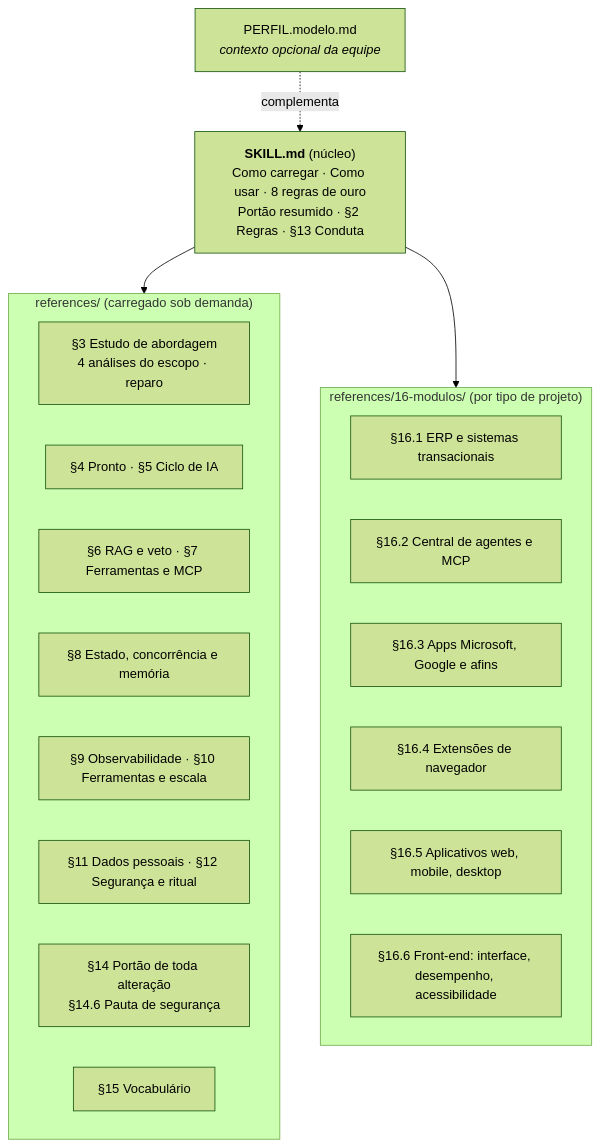
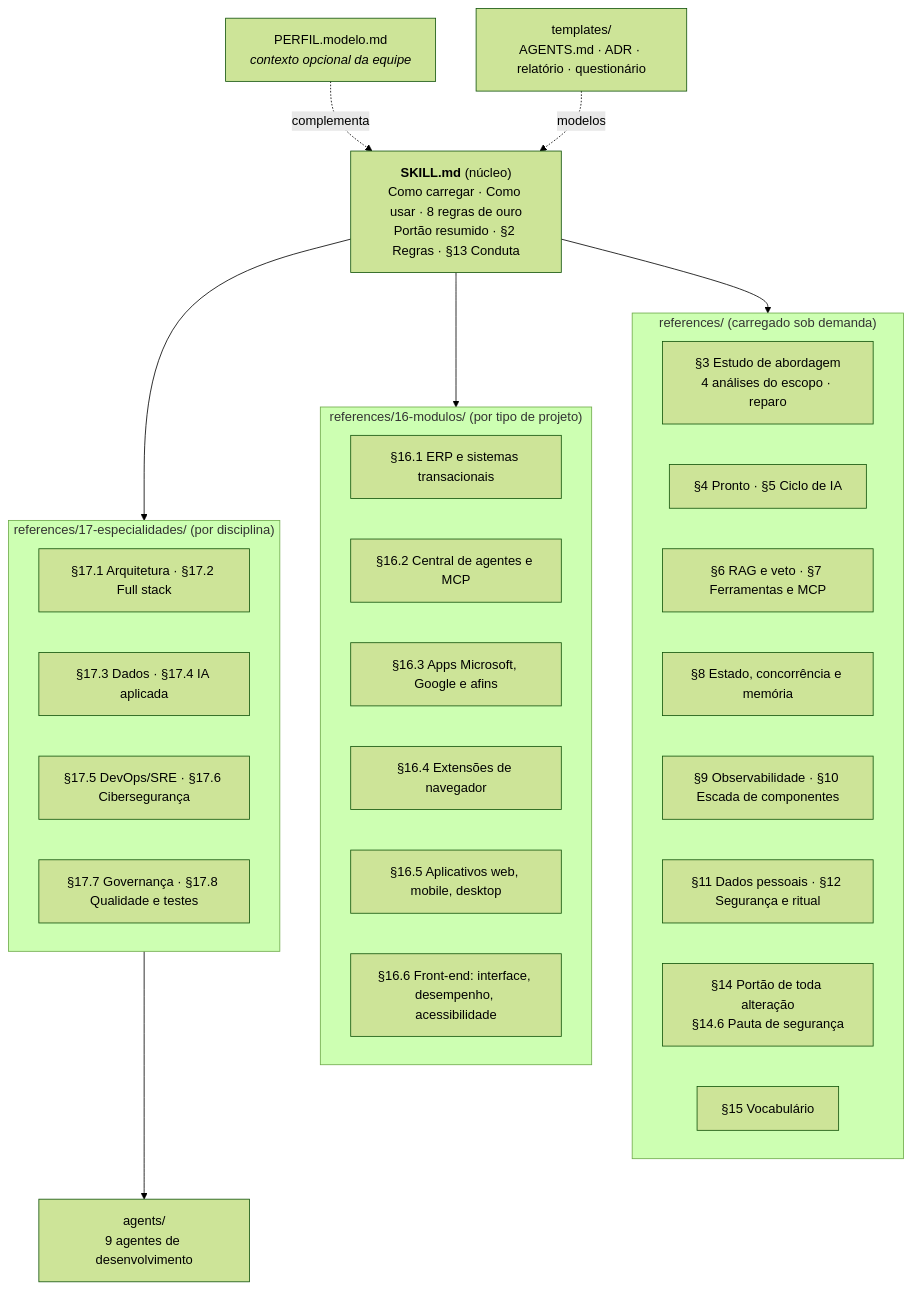
One commit to sergiojuniorreis/metodo-engenharia-software changed the diagram in README.md. Above: the diagram before and after it, drawn with Mermaid (forest theme). The commit also changed other lines of this file and 33 other files, not shown here.

First line of the commit message:
feat: especialidades §17, nove agentes, escada de componentes, modelos e CI

````diff
--- a/README.md
+++ b/README.md
@@ -64,29 +71,42 @@
 ```mermaid
 flowchart TD
     N["<b>SKILL.md</b> (núcleo)<br/>Como carregar · Como usar · 8 regras de ouro<br/>Portão resumido · §2 Regras · §13 Conduta"]
     P["PERFIL.modelo.md<br/><i>contexto opcional da equipe</i>"]
 
     subgraph REF["references/ (carregado sob demanda)"]
         R3["§3 Estudo de abordagem<br/>4 análises do escopo · reparo"]
         R45["§4 Pronto · §5 Ciclo de IA"]
         R67["§6 RAG e veto · §7 Ferramentas e MCP"]
         R8["§8 Estado, concorrência e memória"]
-        R910["§9 Observabilidade · §10 Ferramentas e escala"]
+        R910["§9 Observabilidade · §10 Escada de componentes"]
         R1112["§11 Dados pessoais · §12 Segurança e ritual"]
         R14["§14 Portão de toda alteração<br/>§14.6 Pauta de segurança"]
         R15["§15 Vocabulário"]
     end
 
     subgraph MOD["references/16-modulos/ (por tipo de projeto)"]
         M1["§16.1 ERP e sistemas transacionais"]
         M2["§16.2 Central de agentes e MCP"]
         M3["§16.3 Apps Microsoft, Google e afins"]
         M4["§16.4 Extensões de navegador"]
         M5["§16.5 Aplicativos web, mobile, desktop"]
         M6["§16.6 Front-end: interface, desempenho, acessibilidade"]
     end
 
+    subgraph ESP["references/17-especialidades/ (por disciplina)"]
+        E1["§17.1 Arquitetura · §17.2 Full stack"]
+        E2["§17.3 Dados · §17.4 IA aplicada"]
+        E3["§17.5 DevOps/SRE · §17.6 Cibersegurança"]
+        E4["§17.7 Governança · §17.8 Qualidade e testes"]
+    end
+
+    AG["agents/<br/>9 agentes de desenvolvimento"]
+    TP["templates/<br/>AGENTS.md · ADR · relatório · questionário"]
+
     N --> REF
     N --> MOD
+    N --> ESP
+    ESP --> AG
     P -. complementa .-> N
+    TP -. modelos .-> N
 ```
````
